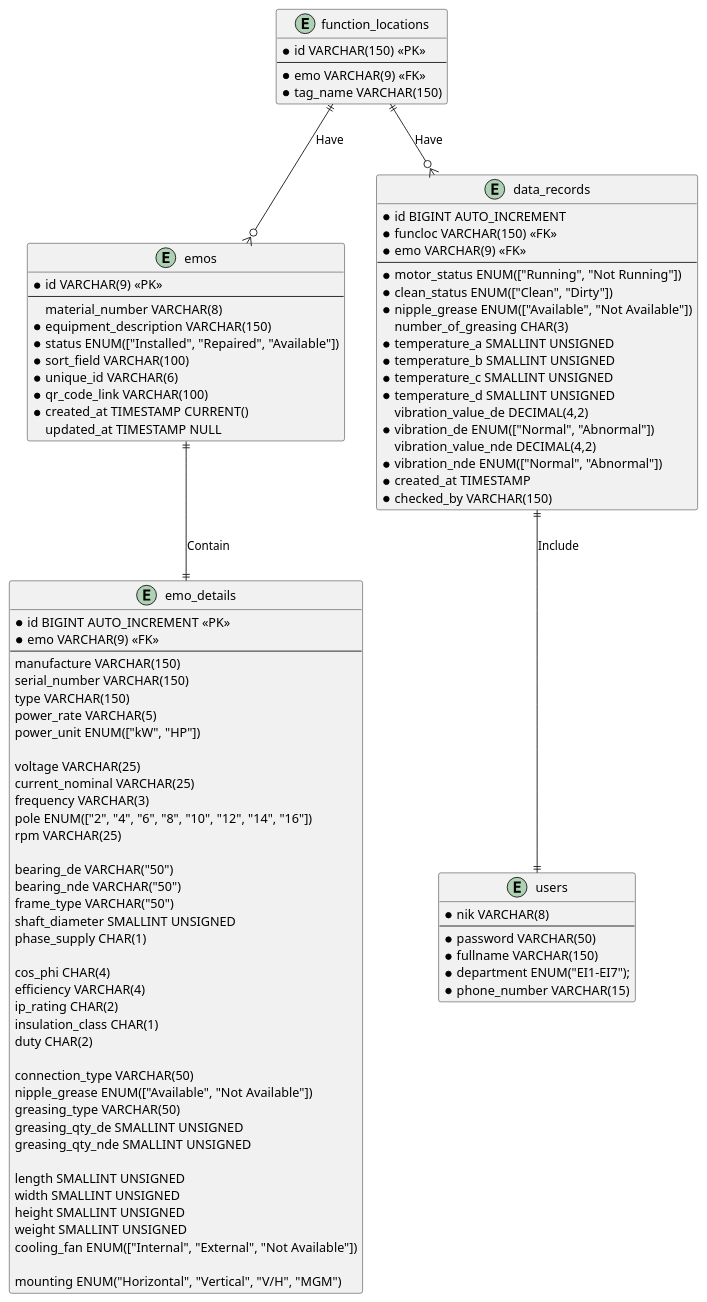
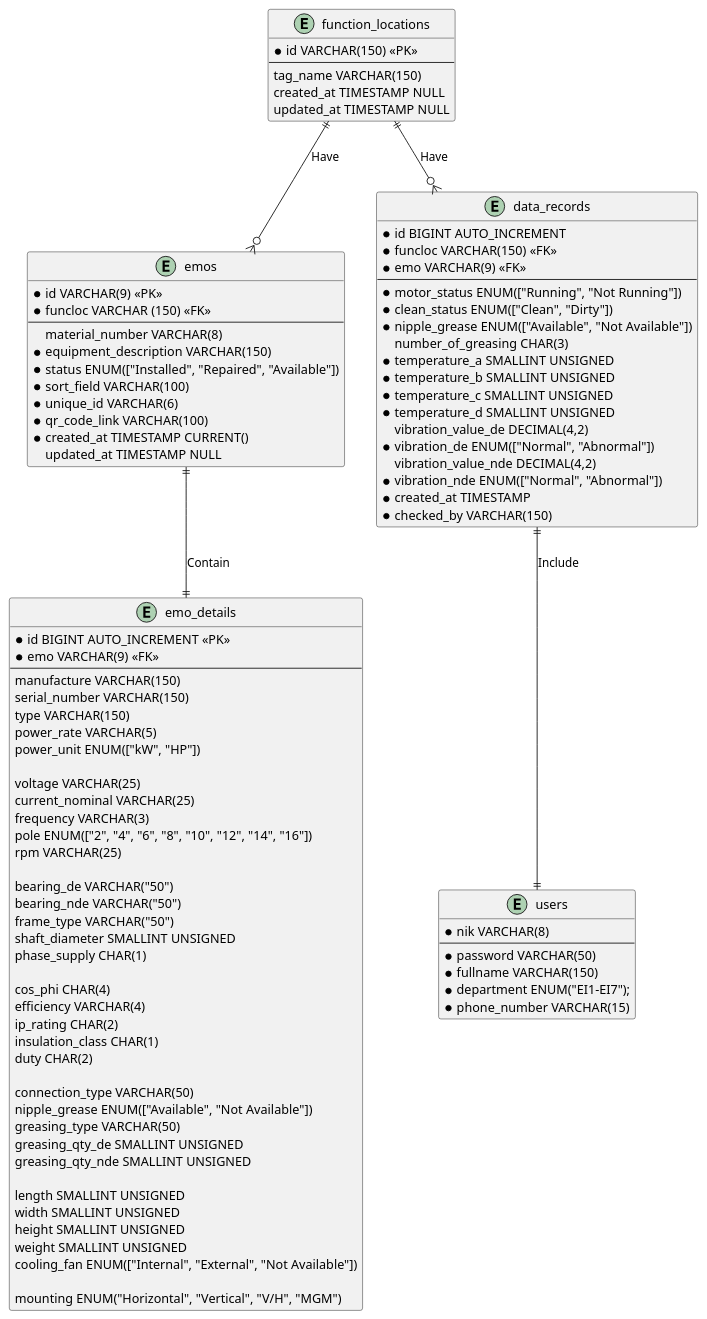
One commit to doniduaasattuu/fajar-e-maintenance changed the diagram in database/fajar_e_maintenance.puml. Above: the diagram before and after it, drawn with PlantUML. The commit also changed 8 other files, not shown here.

```diff
--- a/database/fajar_e_maintenance.puml
+++ b/database/fajar_e_maintenance.puml
@@ -1,104 +1,106 @@
 @startuml fajar_e_maintenance
 
 entity function_locations
 {
     * id VARCHAR(150) <<PK>>
     --
-    * emo VARCHAR(9) <<FK>>
-    * tag_name VARCHAR(150)
+      tag_name VARCHAR(150)
+      created_at TIMESTAMP NULL
+      updated_at TIMESTAMP NULL
 }
 
 entity emos
 {
     * id VARCHAR(9) <<PK>>
+    * funcloc VARCHAR (150) <<FK>>
     --
       material_number VARCHAR(8)
     * equipment_description VARCHAR(150)
     * status ENUM(["Installed", "Repaired", "Available"])
     * sort_field VARCHAR(100)
     * unique_id VARCHAR(6)
     * qr_code_link VARCHAR(100) 
     * created_at TIMESTAMP CURRENT()
       updated_at TIMESTAMP NULL
 }
 
 entity emo_details {
     * id BIGINT AUTO_INCREMENT <<PK>>
     * emo VARCHAR(9) <<FK>>
     --
     manufacture VARCHAR(150)
     serial_number VARCHAR(150)
     type VARCHAR(150)
     power_rate VARCHAR(5)
     power_unit ENUM(["kW", "HP"])
 
     voltage VARCHAR(25)
     current_nominal VARCHAR(25)
     frequency VARCHAR(3)
     pole ENUM(["2", "4", "6", "8", "10", "12", "14", "16"])
     rpm VARCHAR(25)
 
     bearing_de VARCHAR("50")
     bearing_nde VARCHAR("50")
     frame_type VARCHAR("50")
     shaft_diameter SMALLINT UNSIGNED
     phase_supply CHAR(1)
 
     cos_phi CHAR(4)
     efficiency VARCHAR(4)
     ip_rating CHAR(2)
     insulation_class CHAR(1)
     duty CHAR(2)
 
     connection_type VARCHAR(50)
     nipple_grease ENUM(["Available", "Not Available"])
     greasing_type VARCHAR(50)
     greasing_qty_de SMALLINT UNSIGNED
     greasing_qty_nde SMALLINT UNSIGNED
 
     length SMALLINT UNSIGNED
     width SMALLINT UNSIGNED
     height SMALLINT UNSIGNED
     weight SMALLINT UNSIGNED
     cooling_fan ENUM(["Internal", "External", "Not Available"])
 
     mounting ENUM("Horizontal", "Vertical", "V/H", "MGM")
 }
 
 entity data_records {
     * id BIGINT AUTO_INCREMENT
     * funcloc VARCHAR(150) <<FK>>
     * emo VARCHAR(9) <<FK>>
     --
     * motor_status ENUM(["Running", "Not Running"])
     * clean_status ENUM(["Clean", "Dirty"])
     * nipple_grease ENUM(["Available", "Not Available"])
       number_of_greasing CHAR(3)
     * temperature_a SMALLINT UNSIGNED
     * temperature_b SMALLINT UNSIGNED
     * temperature_c SMALLINT UNSIGNED
     * temperature_d SMALLINT UNSIGNED
       vibration_value_de DECIMAL(4,2)
     * vibration_de ENUM(["Normal", "Abnormal"])
       vibration_value_nde DECIMAL(4,2)
     * vibration_nde ENUM(["Normal", "Abnormal"])
     * created_at TIMESTAMP
     * checked_by VARCHAR(150)
 }
 
 entity users {
     * nik VARCHAR(8)
     --
     * password VARCHAR(50)
     * fullname VARCHAR(150)
     * department ENUM("EI1-EI7");
     * phone_number VARCHAR(15)
 }
  
 function_locations ||--o{ emos : Have
 function_locations ||--o{ data_records : Have
 emos ||--|| emo_details : Contain
 data_records ||--|| users : Include
 
 
 @enduml
```
